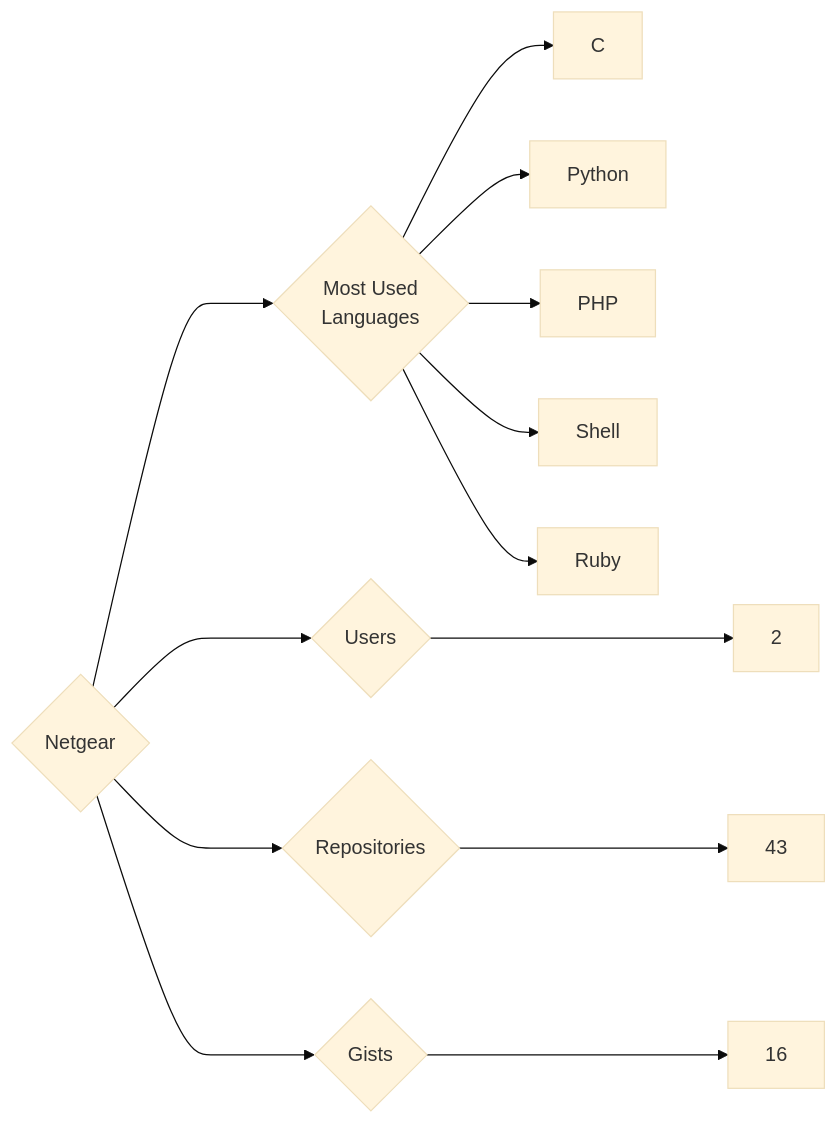
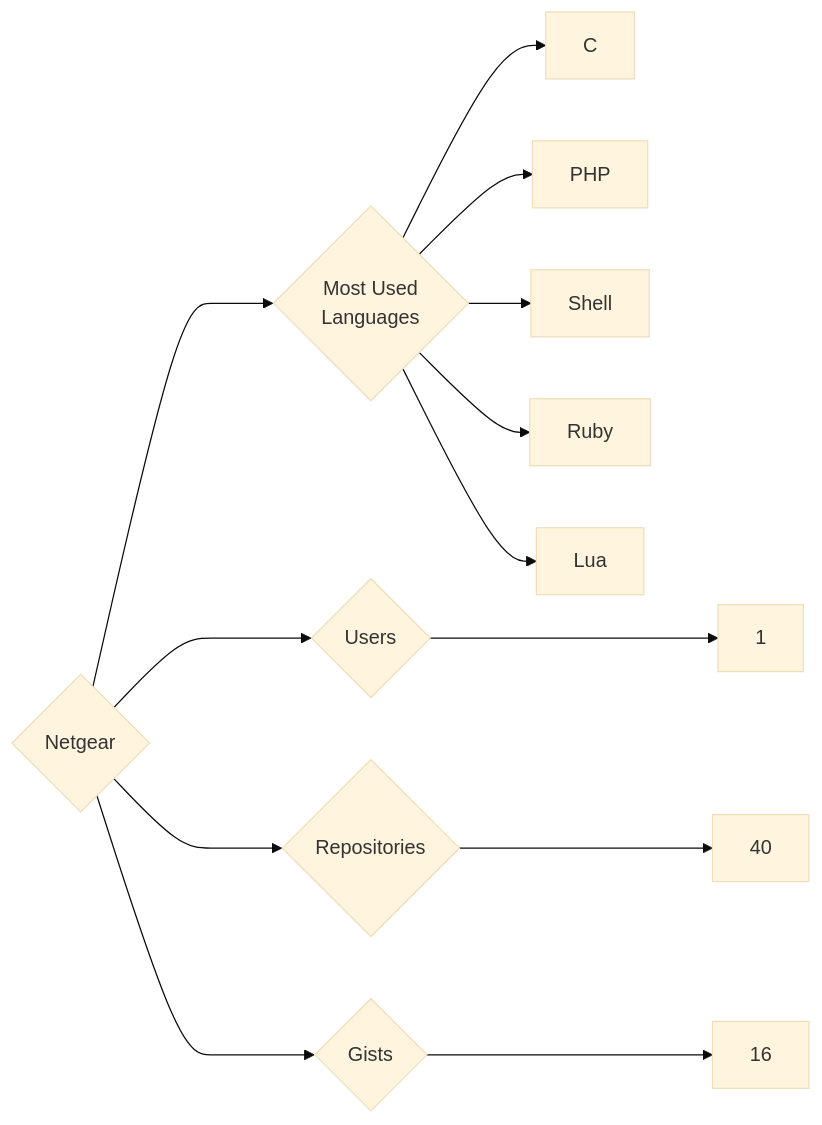
Before and after one commit to trickest/insiders: the diagram in targets/Netgear/README.md, drawn with Mermaid (base theme). The commit also changed 823 other files, not shown here.

````diff
--- a/targets/Netgear/README.md
+++ b/targets/Netgear/README.md
@@ -3,13 +3,13 @@
 ```mermaid
 graph LR
 COMPANY_NAME{Netgear}
-COMPANY_NAME ---> U{Users} ---> UN[2]
-COMPANY_NAME ---> R{Repositories} ---> RN[43]
+COMPANY_NAME ---> U{Users} ---> UN[1]
+COMPANY_NAME ---> R{Repositories} ---> RN[40]
 COMPANY_NAME ---> G{Gists} ---> GN[16]
 COMPANY_NAME ---> ML{Most Used<br>Languages}
 ML --> C[C]
-ML --> Python[Python]
 ML --> PHP[PHP]
 ML --> Shell[Shell]
 ML --> Ruby[Ruby]
+ML --> Lua[Lua]
 ```
````
